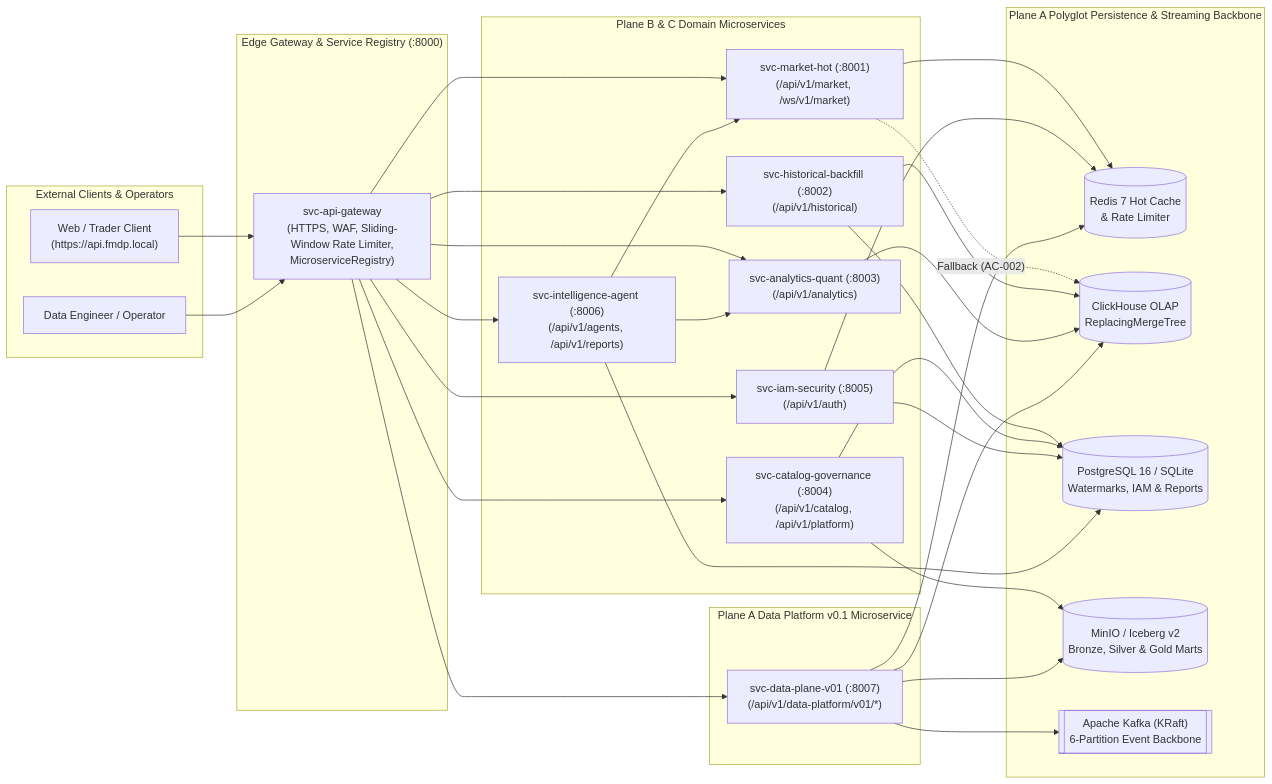
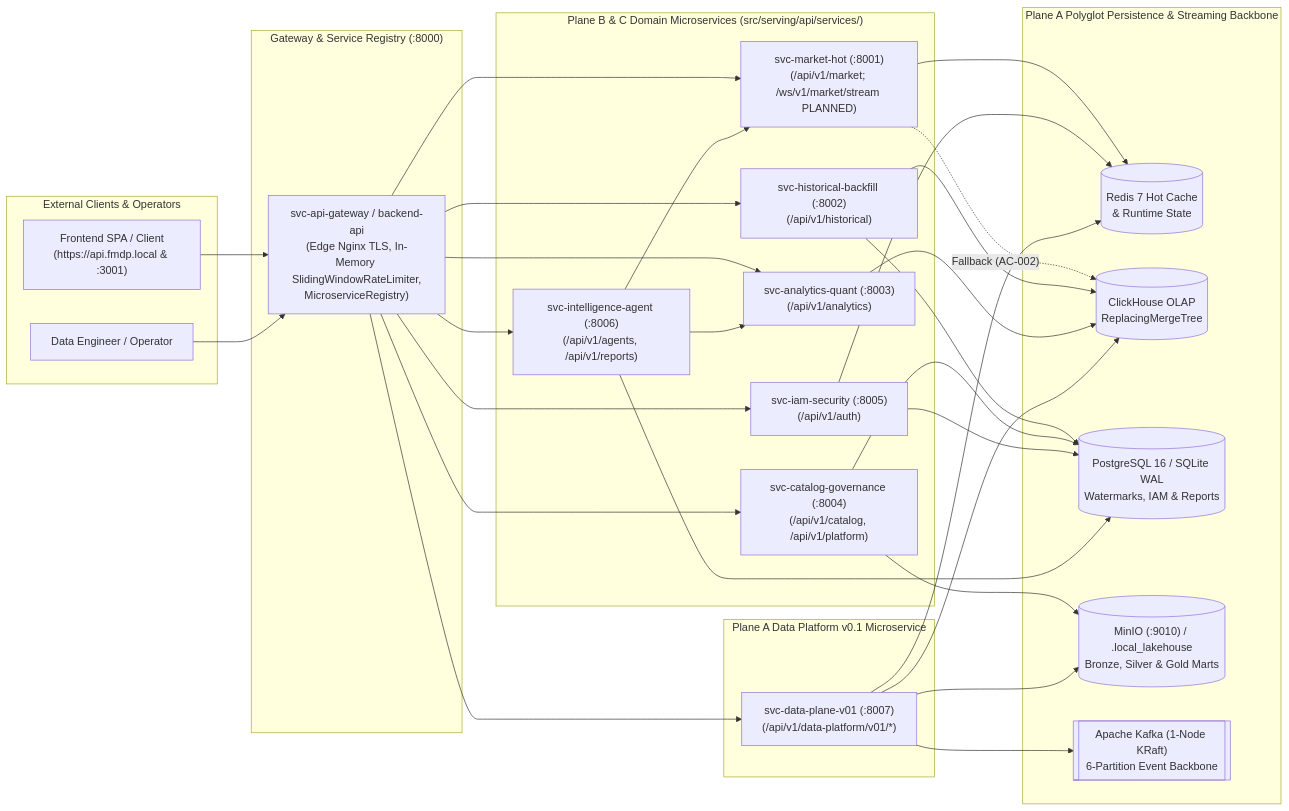
One commit to DungTran1201/FinancialMarketDataPlatform changed the diagram in docs/diagrams/architecture/17-microservices-decomposition-topology.md. Above: the diagram before and after it, drawn with Mermaid. The commit also changed other lines of this file and 141 other files, not shown here.

Commit message:
docs: add comprehensive architecture documentation, data models, and agent definitions

````diff
--- a/docs/diagrams/architecture/17-microservices-decomposition-topology.md
+++ b/docs/diagrams/architecture/17-microservices-decomposition-topology.md
@@ -11,59 +23,59 @@
 ```mermaid
 flowchart LR
     subgraph Clients["External Clients & Operators"]
-        UI["Web / Trader Client<br/>(https://api.fmdp.local)"]
+        UI["Frontend SPA / Client<br/>(https://api.fmdp.local & :3001)"]
         OP["Data Engineer / Operator"]
     end
 
-    subgraph Edge["Edge Gateway & Service Registry (:8000)"]
-        GW["svc-api-gateway<br/>(HTTPS, WAF, Sliding-Window Rate Limiter,<br/>MicroserviceRegistry)"]
+    subgraph Edge["Gateway & Service Registry (:8000)"]
+        GW["svc-api-gateway / backend-api<br/>(Edge Nginx TLS, In-Memory SlidingWindowRateLimiter,<br/>MicroserviceRegistry)"]
     end
 
-    subgraph AppServices["Plane B & C Domain Microservices"]
-        MKT["svc-market-hot (:8001)<br/>(/api/v1/market, /ws/v1/market)"]
+    subgraph AppServices["Plane B & C Domain Microservices (src/serving/api/services/)"]
+        MKT["svc-market-hot (:8001)<br/>(/api/v1/market; /ws/v1/market/stream PLANNED)"]
         HIST["svc-historical-backfill (:8002)<br/>(/api/v1/historical)"]
         ANA["svc-analytics-quant (:8003)<br/>(/api/v1/analytics)"]
         CAT["svc-catalog-governance (:8004)<br/>(/api/v1/catalog, /api/v1/platform)"]
         IAM["svc-iam-security (:8005)<br/>(/api/v1/auth)"]
         AGT["svc-intelligence-agent (:8006)<br/>(/api/v1/agents, /api/v1/reports)"]
     end
 
     subgraph DataService["Plane A Data Platform v0.1 Microservice"]
         DP["svc-data-plane-v01 (:8007)<br/>(/api/v1/data-platform/v01/*)"]
     end
 
     subgraph PolyglotStores["Plane A Polyglot Persistence & Streaming Backbone"]
-        RD[("Redis 7 Hot Cache<br/>& Rate Limiter")]
+        RD[("Redis 7 Hot Cache<br/>& Runtime State")]
         CH[("ClickHouse OLAP<br/>ReplacingMergeTree")]
-        PG[("PostgreSQL 16 / SQLite<br/>Watermarks, IAM & Reports")]
-        LH[("MinIO / Iceberg v2<br/>Bronze, Silver & Gold Marts")]
-        KF[["Apache Kafka (KRaft)<br/>6-Partition Event Backbone"]]
+        PG[("PostgreSQL 16 / SQLite WAL<br/>Watermarks, IAM & Reports")]
+        LH[("MinIO (:9010) / .local_lakehouse<br/>Bronze, Silver & Gold Marts")]
+        KF[["Apache Kafka (1-Node KRaft)<br/>6-Partition Event Backbone"]]
     end
 
     UI --> GW
     OP --> GW
     GW --> IAM
     GW --> MKT
     GW --> HIST
     GW --> ANA
     GW --> CAT
     GW --> AGT
     GW --> DP
 
     MKT --> RD
     MKT -. "Fallback (AC-002)" .-> CH
     HIST --> CH
     HIST --> PG
     ANA --> CH
     CAT --> PG
     CAT --> LH
     IAM --> PG
     IAM --> RD
     AGT --> MKT
     AGT --> ANA
     AGT --> PG
     DP --> KF
     DP --> RD
     DP --> CH
     DP --> LH
 ```
````
